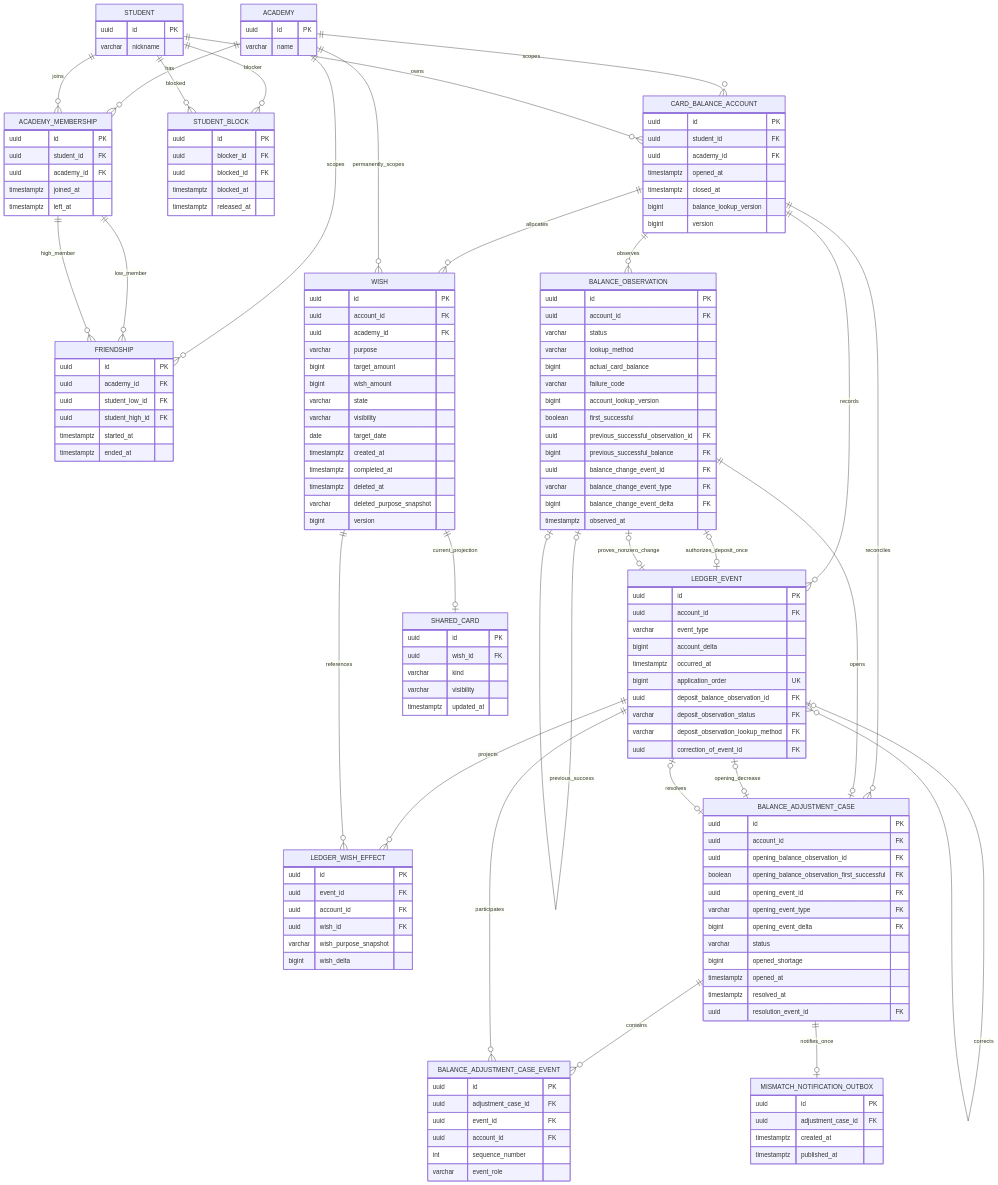
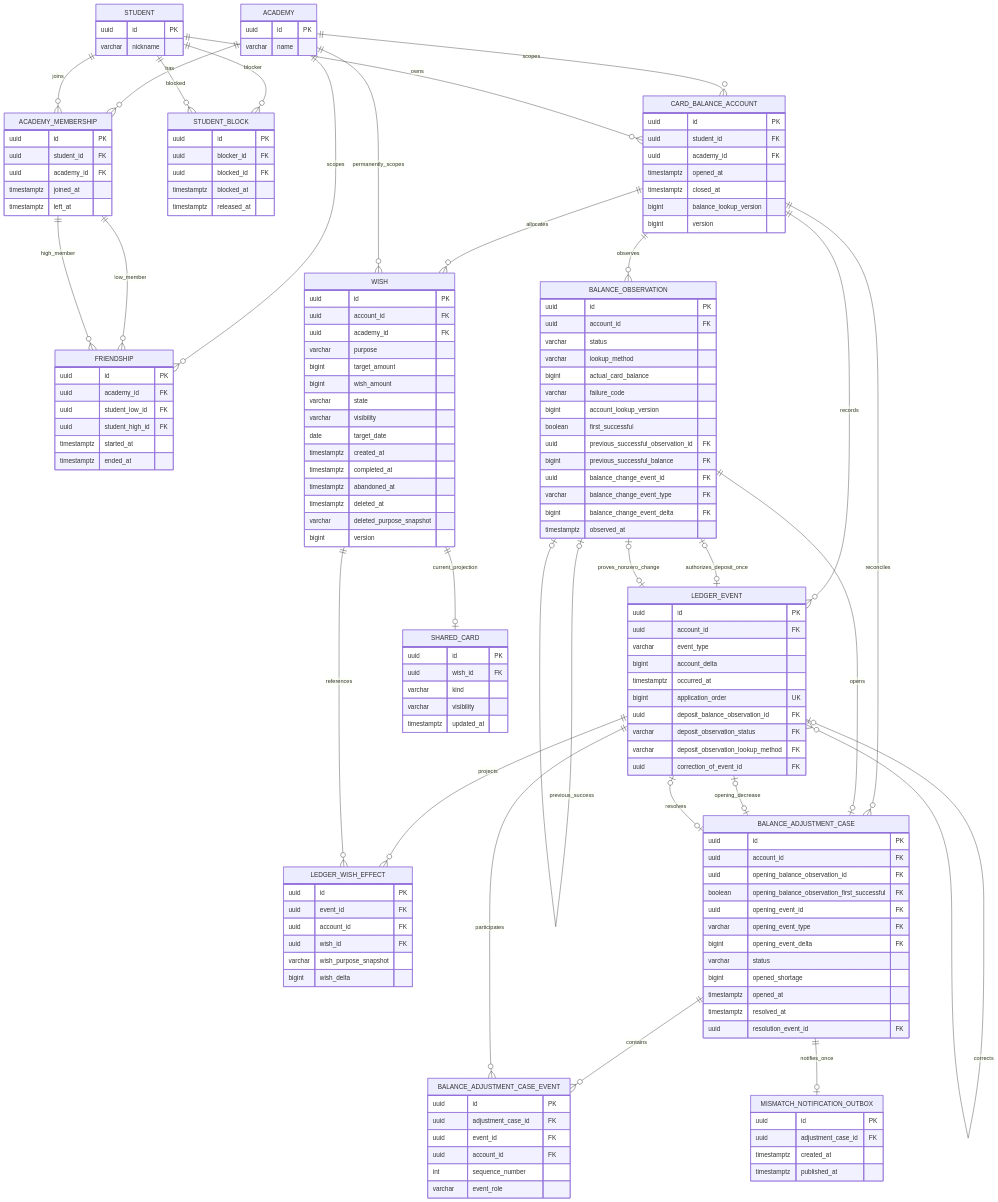
The diagram in docs/wish/data-model-db-integrity.md (crabitteam2/crabit-backend), drawn with Mermaid before and after one commit. The commit also changed other lines of this file and 15 other files, not shown here.

```diff
--- a/docs/wish/data-model-db-integrity.md
+++ b/docs/wish/data-model-db-integrity.md
@@ -89,6 +89,7 @@
         date target_date
         timestamptz created_at
         timestamptz completed_at
+		timestamptz abandoned_at
         timestamptz deleted_at
         varchar deleted_purpose_snapshot
         bigint version
```
